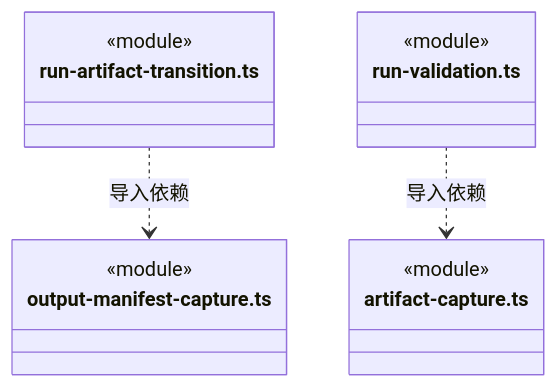
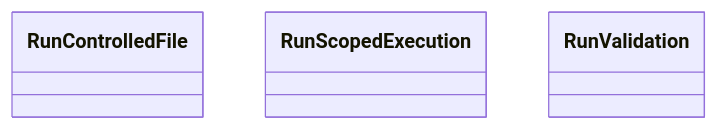
One commit to nan023062/cbim changed the second of 2 diagrams in src/logic/execution/rules/capabilities/ARCHITECTURE.md. Above: the diagram before and after it, drawn with Mermaid. The commit also changed other lines of this file and 158 other files, not shown here.

Commit message:
docs: model architecture through nested virtual encapsulations

````diff
--- a/src/logic/execution/rules/capabilities/ARCHITECTURE.md
+++ b/src/logic/execution/rules/capabilities/ARCHITECTURE.md
@@ -547,17 +49,9 @@
 ```mermaid
 classDiagram
-class N_src_logic_execution_rules_capabilities_run_artifact_transition_ts["run-artifact-transition.ts"] {
-  <<module>>
-}
-class N_src_logic_execution_rules_capabilities_output_manifest_capture_ts["output-manifest-capture.ts"] {
-  <<module>>
-}
-class N_src_logic_execution_rules_capabilities_run_validation_ts["run-validation.ts"] {
-  <<module>>
-}
-class N_src_logic_execution_rules_capabilities_artifact_capture_ts["artifact-capture.ts"] {
-  <<module>>
-}
-N_src_logic_execution_rules_capabilities_run_artifact_transition_ts ..> N_src_logic_execution_rules_capabilities_output_manifest_capture_ts : 导入依赖
-N_src_logic_execution_rules_capabilities_run_validation_ts ..> N_src_logic_execution_rules_capabilities_artifact_capture_ts : 导入依赖
+class N_40dc68bceac6["RunControlledFile"]
+click N_40dc68bceac6 href "run-controlled-file.ts"
+class N_09f1b7dc555c["RunScopedExecution"]
+click N_09f1b7dc555c href "run-scoped-execution.ts"
+class N_31f073c6a638["RunValidation"]
+click N_31f073c6a638 href "run-validation.ts"
 ```
````
